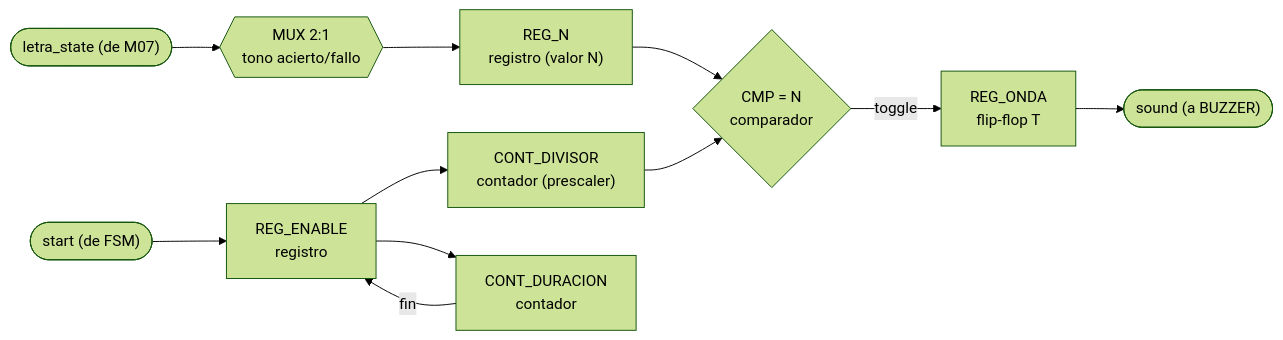
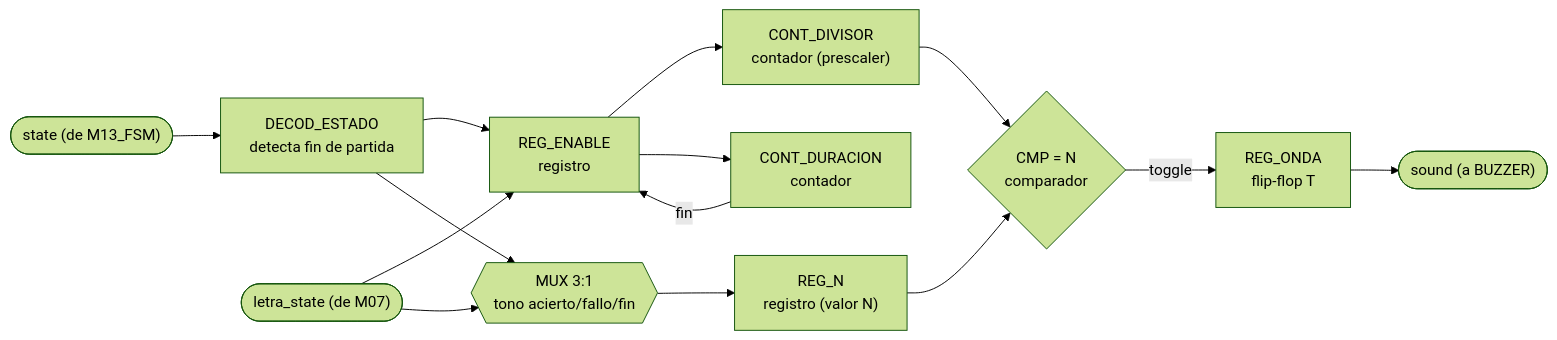
Before and after one commit to Taller-de-diseno-digital-GR01/Proyecto-2-Ahorcado: the third of 14 diagrams in docs/diseño/diagramas/nivel03.md, drawn with Mermaid (forest theme). The commit also changed other lines of this file and 1 other file, not shown here.

Commit message:
nivel03: agregar M13_FSM, los demas modulos ahora decodifican state

````diff
--- a/docs/diseño/diagramas/nivel03.md
+++ b/docs/diseño/diagramas/nivel03.md
@@ -172,13 +172,16 @@
 ```mermaid
 flowchart LR
-    IN_START(["start (de FSM)"]) --> REG_EN["REG_ENABLE<br/>registro"]
-    IN_STATE(["letra_state (de M07)"]) --> MUX1{{"MUX 2:1<br/>tono acierto/fallo"}}
+    IN_STATE(["state (de M13_FSM)"]) --> DEC_ST["DECOD_ESTADO<br/>detecta fin de partida"]
+    DEC_ST --> REG_EN["REG_ENABLE<br/>registro"]
+    IN_LST(["letra_state (de M07)"]) --> REG_EN
+    IN_LST --> MUX1{{"MUX 3:1<br/>tono acierto/fallo/fin"}}
+    DEC_ST --> MUX1
     MUX1 --> REG_N["REG_N<br/>registro (valor N)"]
     REG_EN --> CNT_DIV["CONT_DIVISOR<br/>contador (prescaler)"]
     REG_N --> CMP1{"CMP = N<br/>comparador"}
     CNT_DIV --> CMP1
     CMP1 -->|toggle| REG_SQ["REG_ONDA<br/>flip-flop T"]
     REG_SQ --> OUT_SND(["sound (a BUZZER)"])
     CNT_DUR["CONT_DURACION<br/>contador"] -->|fin| REG_EN
     REG_EN --> CNT_DUR
 ```
````
